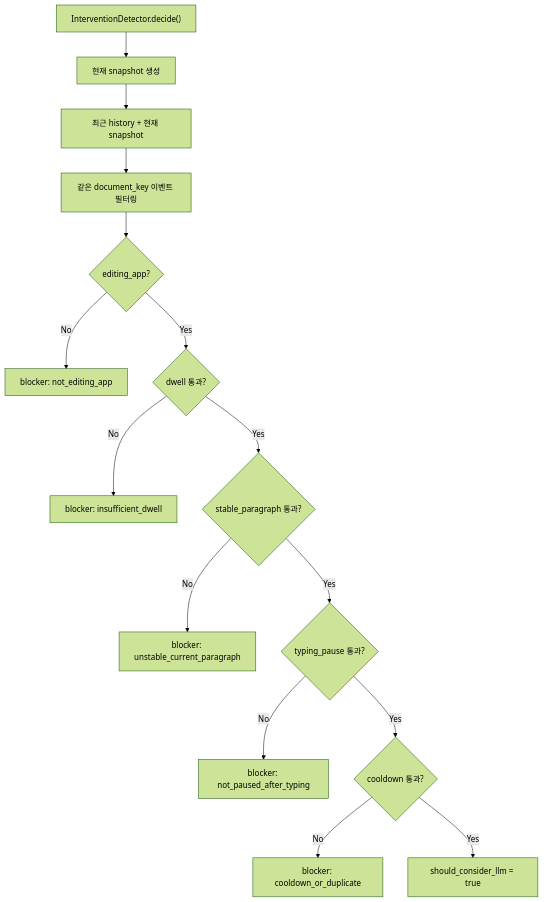
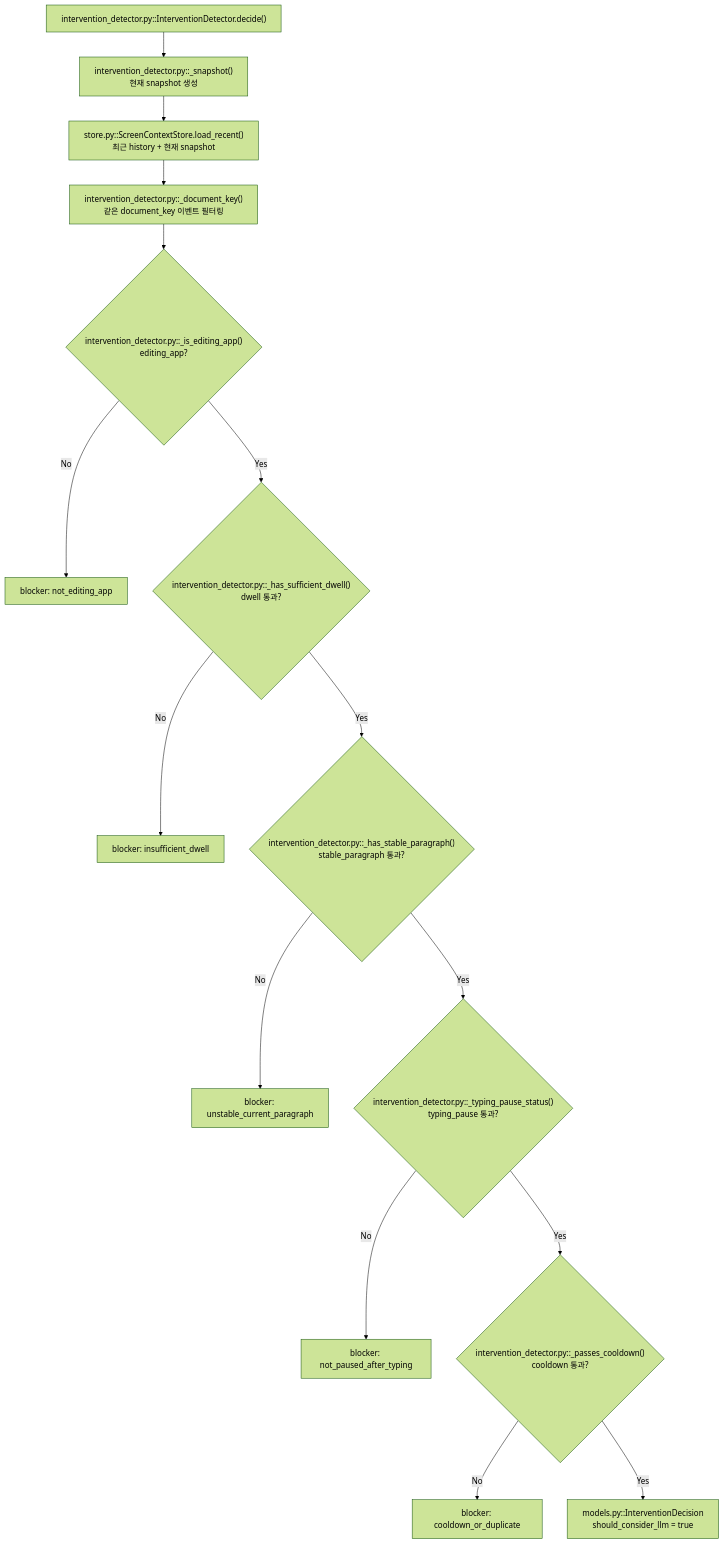
One commit to 2026-1-CAU-Capstone-Design-Team2/veritas changed the second of 2 diagrams in services/screen_tool_funcs/README.md. Above: the diagram before and after it, drawn with Mermaid (forest theme). The commit also changed other lines of this file, not shown here.

Commit message:
[docs] README.md에 화면 수집 파이프라인 및 편집 앱 기준에 대한 mermaid 다이어그램 추가

````diff
--- a/services/screen_tool_funcs/README.md
+++ b/services/screen_tool_funcs/README.md
@@ -242,17 +269,17 @@
 ```mermaid
 flowchart TD
-    A["InterventionDetector.decide()"] --> B["현재 snapshot 생성"]
-    B --> C["최근 history + 현재 snapshot"]
-    C --> D["같은 document_key 이벤트 필터링"]
-    D --> E{"editing_app?"}
+    A["intervention_detector.py::InterventionDetector.decide()"] --> B["intervention_detector.py::_snapshot()<br/>현재 snapshot 생성"]
+    B --> C["store.py::ScreenContextStore.load_recent()<br/>최근 history + 현재 snapshot"]
+    C --> D["intervention_detector.py::_document_key()<br/>같은 document_key 이벤트 필터링"]
+    D --> E{"intervention_detector.py::_is_editing_app()<br/>editing_app?"}
     E -- "No" --> Z1["blocker: not_editing_app"]
-    E -- "Yes" --> F{"dwell 통과?"}
+    E -- "Yes" --> F{"intervention_detector.py::_has_sufficient_dwell()<br/>dwell 통과?"}
     F -- "No" --> Z2["blocker: insufficient_dwell"]
-    F -- "Yes" --> G{"stable_paragraph 통과?"}
+    F -- "Yes" --> G{"intervention_detector.py::_has_stable_paragraph()<br/>stable_paragraph 통과?"}
     G -- "No" --> Z3["blocker: unstable_current_paragraph"]
-    G -- "Yes" --> H{"typing_pause 통과?"}
+    G -- "Yes" --> H{"intervention_detector.py::_typing_pause_status()<br/>typing_pause 통과?"}
     H -- "No" --> Z4["blocker: not_paused_after_typing"]
-    H -- "Yes" --> I{"cooldown 통과?"}
+    H -- "Yes" --> I{"intervention_detector.py::_passes_cooldown()<br/>cooldown 통과?"}
     I -- "No" --> Z5["blocker: cooldown_or_duplicate"]
-    I -- "Yes" --> K["should_consider_llm = true"]
+    I -- "Yes" --> K["models.py::InterventionDecision<br/>should_consider_llm = true"]
 ```
````
